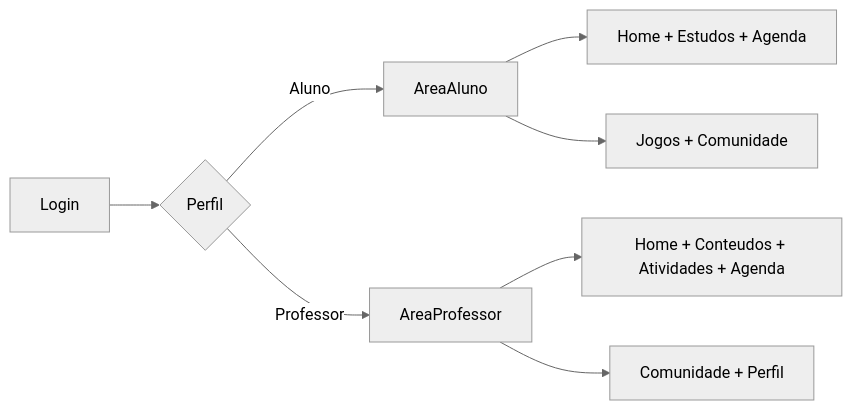
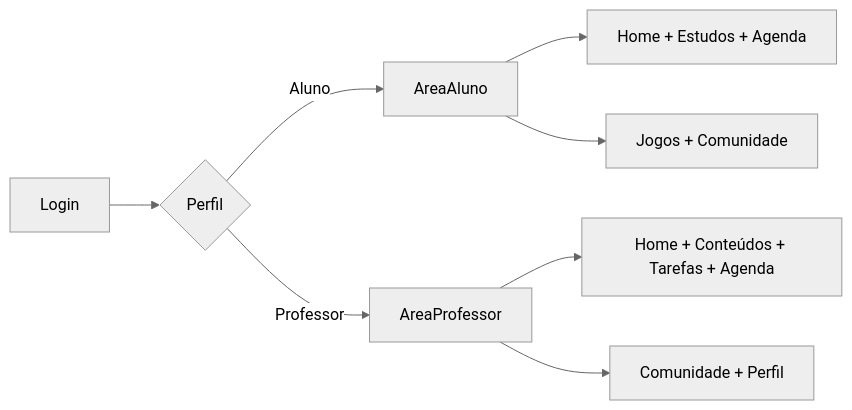
Before and after one commit to caiolinsdev/REMA: the diagram in docs/product-vision.md, drawn with Mermaid (neutral theme). The commit also changed other lines of this file and 43 other files, not shown here.

````diff
--- a/docs/product-vision.md
+++ b/docs/product-vision.md
@@ -147,11 +147,11 @@
 ```mermaid
 flowchart LR
   login[Login] --> roleCheck{Perfil}
   roleCheck -->|Aluno| alunoArea[AreaAluno]
   roleCheck -->|Professor| professorArea[AreaProfessor]
 
   alunoArea --> alunoCore[Home + Estudos + Agenda]
   alunoArea --> alunoEngagement[Jogos + Comunidade]
-  professorArea --> professorCore[Home + Conteudos + Atividades + Agenda]
+  professorArea --> professorCore[Home + Conteúdos + Tarefas + Agenda]
   professorArea --> professorCommunity[Comunidade + Perfil]
 ```
````
